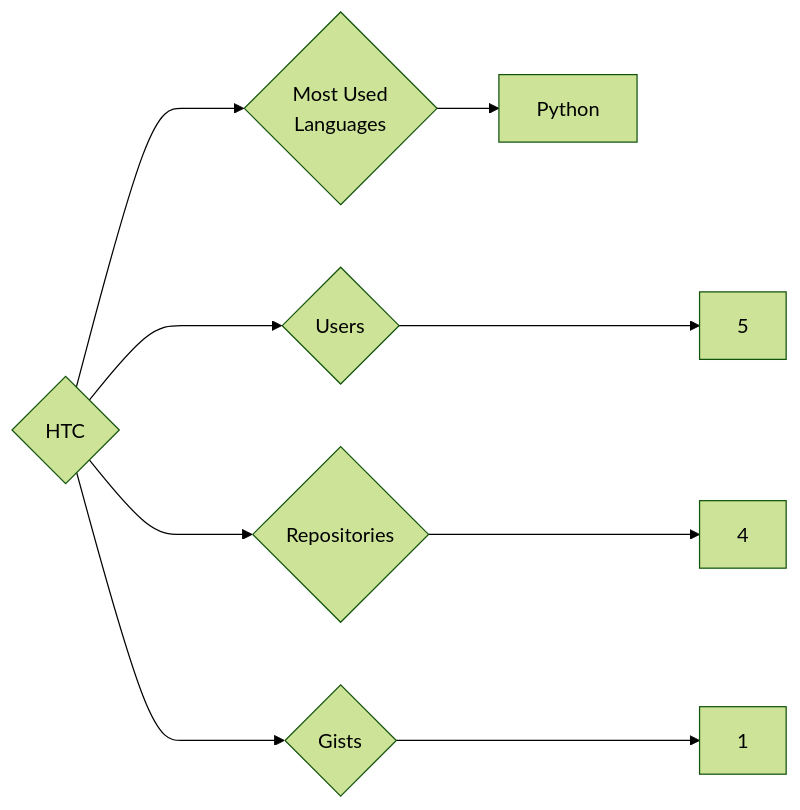
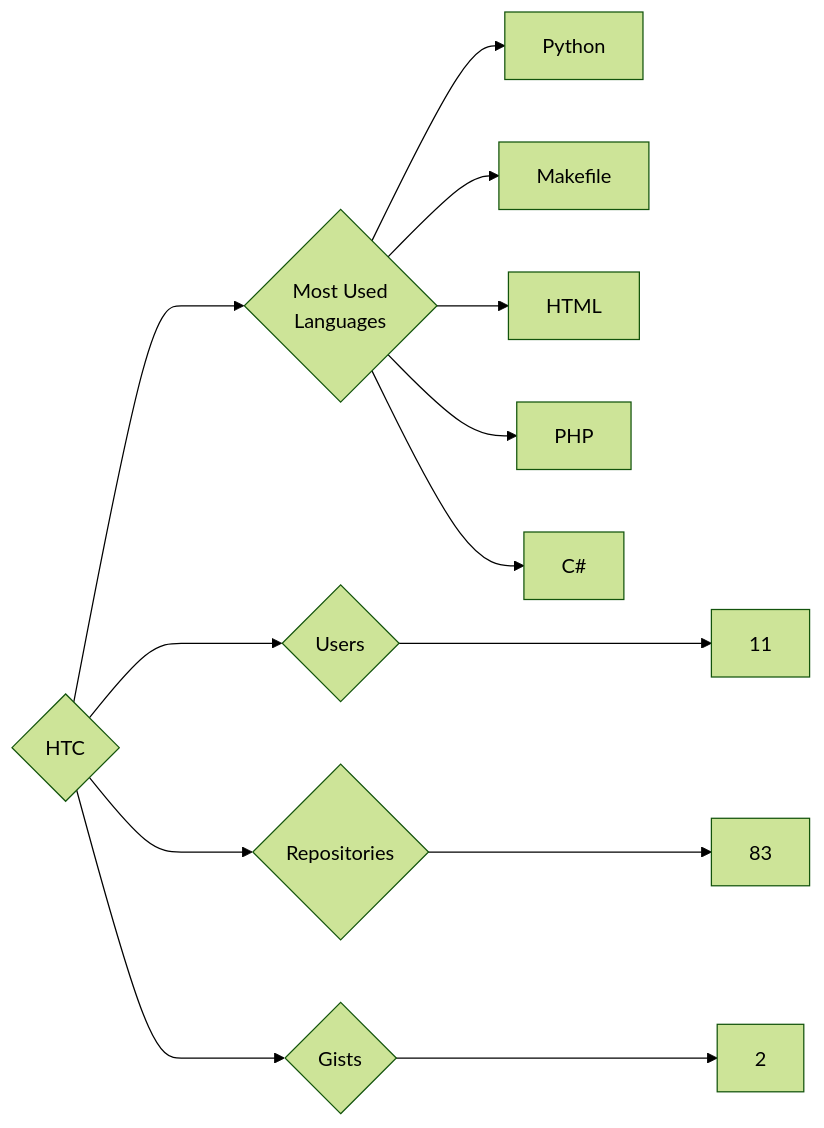
One commit to trickest/insiders changed the diagram in targets/HTC/README.md. Above: the diagram before and after it, drawn with Mermaid (forest theme). The commit also changed 1175 other files, not shown here.

````diff
--- a/targets/HTC/README.md
+++ b/targets/HTC/README.md
@@ -3,9 +3,13 @@
 ```mermaid
 graph LR
 COMPANY_NAME{HTC}
-COMPANY_NAME ---> U{Users} ---> UN[5]
-COMPANY_NAME ---> R{Repositories} ---> RN[4]
-COMPANY_NAME ---> G{Gists} ---> GN[1]
+COMPANY_NAME ---> U{Users} ---> UN[11]
+COMPANY_NAME ---> R{Repositories} ---> RN[83]
+COMPANY_NAME ---> G{Gists} ---> GN[2]
 COMPANY_NAME ---> ML{Most Used<br>Languages}
 ML --> Python[Python]
+ML --> Makefile[Makefile]
+ML --> HTML[HTML]
+ML --> PHP[PHP]
+ML --> C#[C#]
 ```
````
